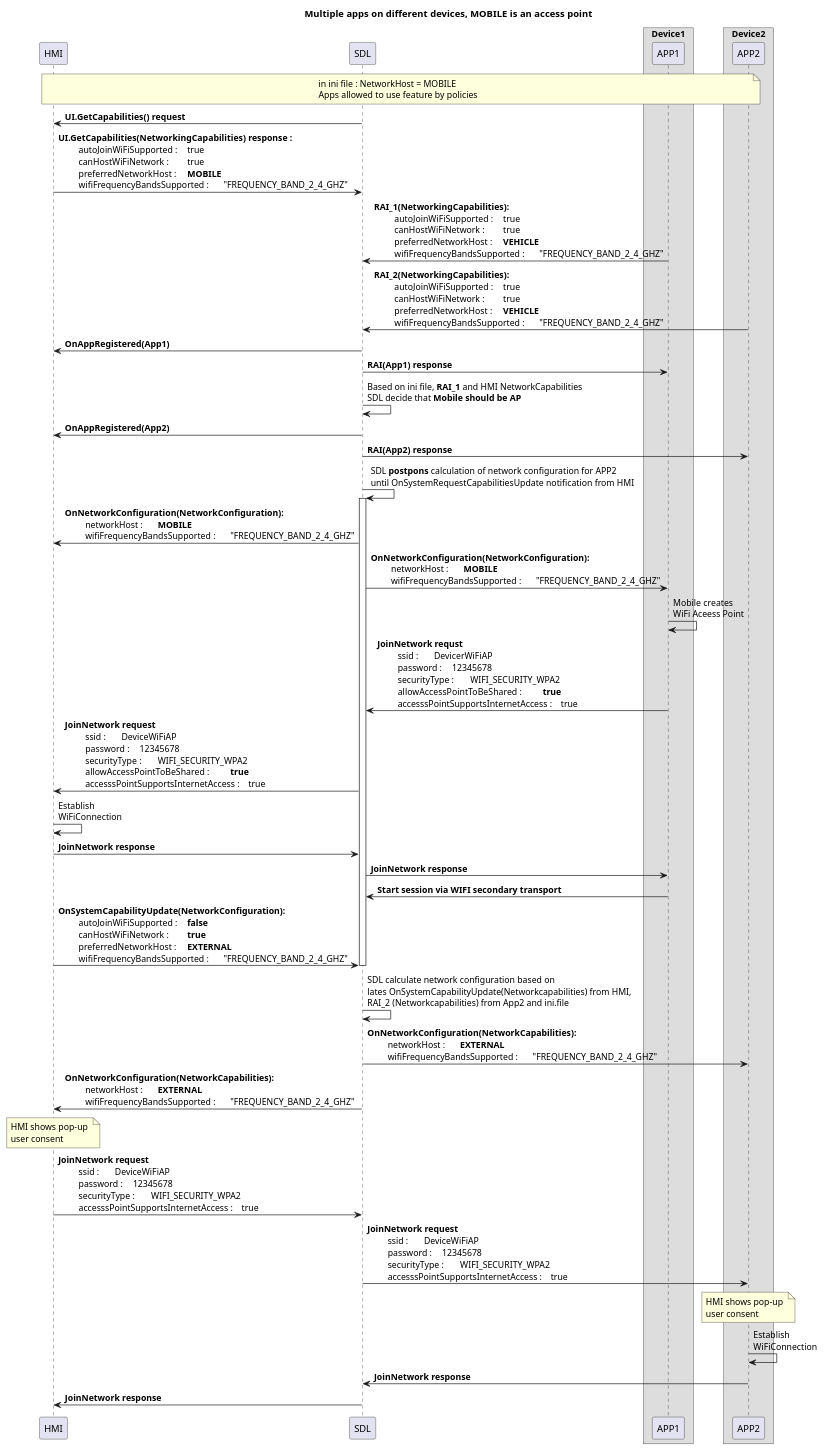
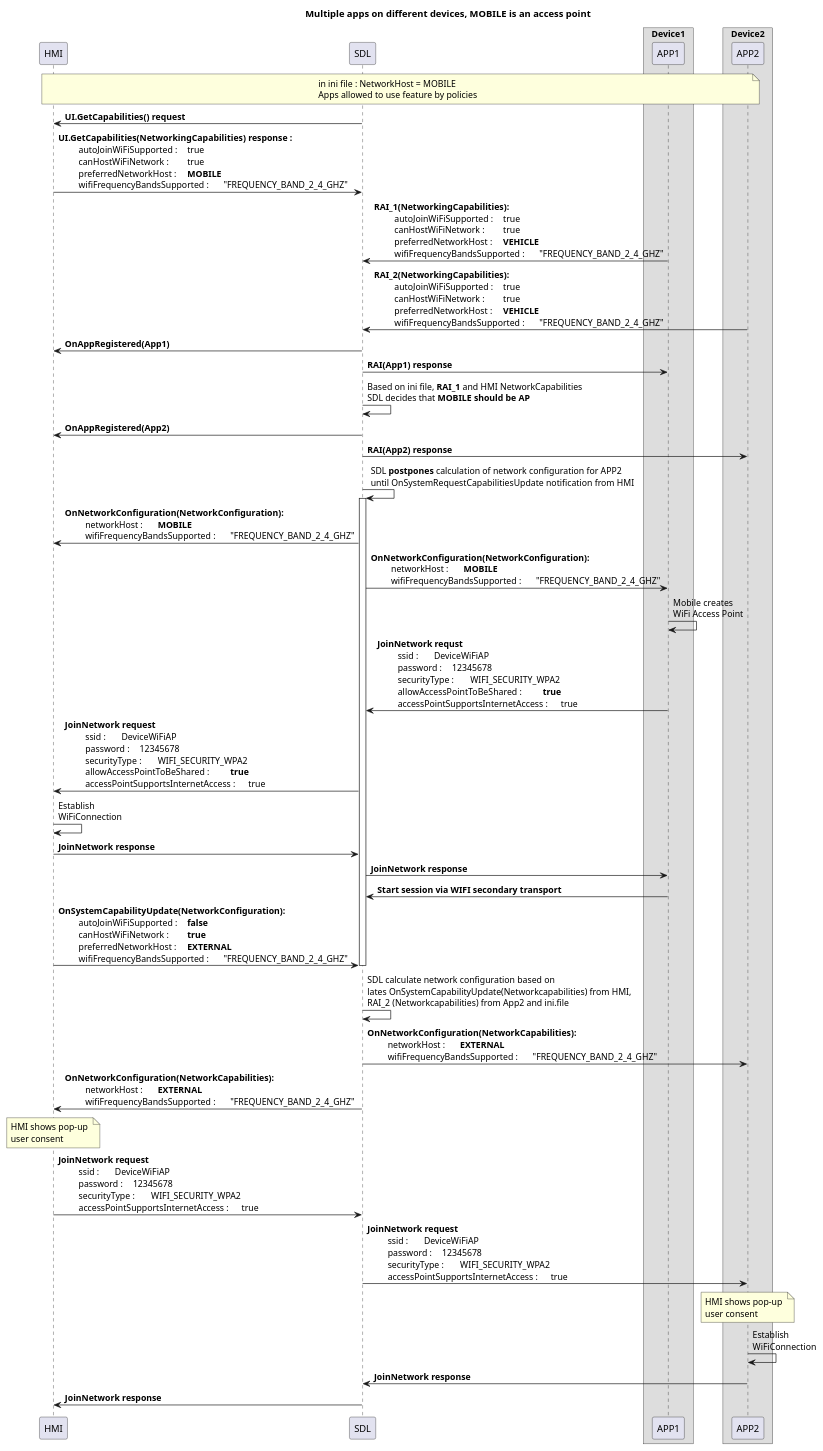
Before and after one commit to smartdevicelink/sdl_evolution: the diagram in assets/proposals/0245-sharing-wifi-ssid-and-password/mobile_access_point_multidev_externalhost.puml, drawn with PlantUML. The commit also changed 8 other files, not shown here.

```diff
--- a/assets/proposals/0245-sharing-wifi-ssid-and-password/mobile_access_point_multidev_externalhost.puml
+++ b/assets/proposals/0245-sharing-wifi-ssid-and-password/mobile_access_point_multidev_externalhost.puml
@@ -1,129 +1,129 @@
 @startuml
 !pragma teoz true
 
-title Multiple apps on different devices,  MOBILE is an access point
+title Multiple apps on different devices, MOBILE is an access point
 participant HMI
 participant SDL
 box "Device1"
 participant APP1
 end box
 box "Device2"
 participant APP2
 end box
 
 note over HMI, APP2: in ini file : NetworkHost = MOBILE \n\
 Apps allowed to use feature by policies
 
 SDL -> HMI : <b>UI.GetCapabilities() request
 HMI -> SDL : <b>UI.GetCapabilities(NetworkingCapabilities) response : \n\
 \t autoJoinWiFiSupported : \t true \n\
 \t canHostWiFiNetwork : \t true \n\
 \t preferredNetworkHost : \t **MOBILE** \n\
 \t wifiFrequencyBandsSupported : \t "FREQUENCY_BAND_2_4_GHZ" 
 
 APP1 -> SDL : <b>RAI_1(NetworkingCapabilities): \n\
 \t autoJoinWiFiSupported : \t true \n\
 \t canHostWiFiNetwork : \t true \n\
 \t preferredNetworkHost : \t **VEHICLE** \n\
 \t wifiFrequencyBandsSupported : \t "FREQUENCY_BAND_2_4_GHZ" 
 
 APP2 -> SDL : <b>RAI_2(NetworkingCapabilities): \n\
 \t autoJoinWiFiSupported : \t true \n\
 \t canHostWiFiNetwork : \t true \n\
 \t preferredNetworkHost : \t **VEHICLE** \n\
 \t wifiFrequencyBandsSupported : \t "FREQUENCY_BAND_2_4_GHZ" 
 
 
 SDL -> HMI : <b>OnAppRegistered(App1) 
 SDL -> APP1 : <b>RAI(App1) response 
 
 SDL -> SDL : Based on ini file, **RAI_1** and HMI NetworkCapabilities\n\
-SDL decide that **Mobile should be AP** 
+SDL decides that **MOBILE should be AP** 
 
 SDL -> HMI : <b>OnAppRegistered(App2) 
 SDL -> APP2 : <b>RAI(App2) response 
 
-SDL -> SDL : SDL **postpons** calculation of network configuration for APP2\n\
+SDL -> SDL : SDL **postpones** calculation of network configuration for APP2\n\
 until OnSystemRequestCapabilitiesUpdate notification from HMI
 activate SDL
 
 SDL -> HMI:  <b>OnNetworkConfiguration(NetworkConfiguration): \n\
 \t networkHost : \t **MOBILE** \n\
 \t wifiFrequencyBandsSupported : \t "FREQUENCY_BAND_2_4_GHZ" 
 
 SDL -> APP1:  <b>OnNetworkConfiguration(NetworkConfiguration): \n\
 \t networkHost : \t **MOBILE**\n\
 \t wifiFrequencyBandsSupported : \t "FREQUENCY_BAND_2_4_GHZ" 
 
 APP1 -> APP1 : Mobile creates \n\
-WiFi Aceess Point
+WiFi Access Point
 
 
 APP1 -> SDL: <b>JoinNetwork requst \n\
-\t ssid : \t DevicerWiFiAP \n\
+\t ssid : \t DeviceWiFiAP \n\
 \t password : \t 12345678 \n\
 \t securityType : \t WIFI_SECURITY_WPA2 \n\
 \t allowAccessPointToBeShared : \t **true** \n\
-\t accesssPointSupportsInternetAccess : \t true
+\t accessPointSupportsInternetAccess : \t true
 
 SDL -> HMI: <b>JoinNetwork request \n\
 \t ssid : \t DeviceWiFiAP \n\
 \t password : \t 12345678 \n\
 \t securityType : \t WIFI_SECURITY_WPA2 \n\
 \t allowAccessPointToBeShared : \t **true** \n\
-\t accesssPointSupportsInternetAccess : \t true
+\t accessPointSupportsInternetAccess : \t true
 
 HMI -> HMI : Establish \n\
 WiFiConnection
 
 HMI -> SDL : <b>JoinNetwork response
 SDL -> APP1 : <b>JoinNetwork response
 
 APP1 -> SDL : <b>Start session via WIFI secondary transport
 
 HMI -> SDL:  <b>OnSystemCapabilityUpdate(NetworkConfiguration): \n\
 \t autoJoinWiFiSupported : \t **false** \n\
 \t canHostWiFiNetwork : \t **true**  \n\
 \t preferredNetworkHost : \t **EXTERNAL** \n\
 \t wifiFrequencyBandsSupported : \t "FREQUENCY_BAND_2_4_GHZ" 
 
 deactivate SDL
  
 SDL -> SDL : SDL calculate network configuration based on \n\
 lates OnSystemCapabilityUpdate(Networkcapabilities) from HMI, \n\
 RAI_2 (Networkcapabilities) from App2 and ini.file
 
 
 SDL -> APP2:  <b>OnNetworkConfiguration(NetworkCapabilities): \n\
 \t networkHost : \t **EXTERNAL** \n\
 \t wifiFrequencyBandsSupported : \t "FREQUENCY_BAND_2_4_GHZ" 
 
 SDL -> HMI:  <b>OnNetworkConfiguration(NetworkCapabilities): \n\
 \t networkHost : \t **EXTERNAL** \n\
 \t wifiFrequencyBandsSupported : \t "FREQUENCY_BAND_2_4_GHZ" 
 
 note over HMI: HMI shows pop-up \n\
 user consent 
 
 HMI -> SDL: <b>JoinNetwork request \n\
 \t ssid : \t DeviceWiFiAP \n\
 \t password : \t 12345678 \n\
 \t securityType : \t WIFI_SECURITY_WPA2 \n\
-\t accesssPointSupportsInternetAccess : \t true
+\t accessPointSupportsInternetAccess : \t true
 
 SDL -> APP2: <b>JoinNetwork request\n\
 \t ssid : \t DeviceWiFiAP \n\
 \t password : \t 12345678 \n\
 \t securityType : \t WIFI_SECURITY_WPA2 \n\
-\t accesssPointSupportsInternetAccess : \t true
+\t accessPointSupportsInternetAccess : \t true
 
 note over APP2: HMI shows pop-up \n\
 user consent 
 
 APP2 -> APP2 : Establish \n\
 WiFiConnection
 
 APP2 -> SDL : <b>JoinNetwork response
 SDL -> HMI : <b>JoinNetwork response
 
 @enduml
```
